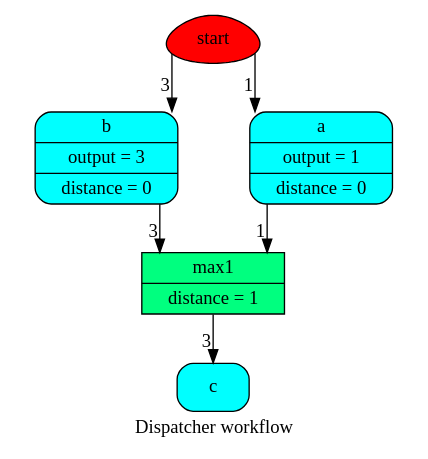
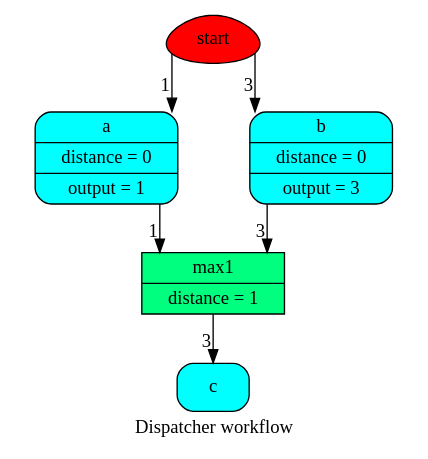
One commit to vinci1it2000/schedula changed the diagram in doc/dispatcher/__init__/remove_cycles/wf.dot. Above: the diagram before and after it, drawn with Graphviz. The commit also changed 27 other files, not shown here.

```diff
--- a/doc/dispatcher/__init__/remove_cycles/wf.dot
+++ b/doc/dispatcher/__init__/remove_cycles/wf.dot
@@ -1,16 +1,16 @@
 digraph Dispatcher {
 	graph [ratio=1]
 	node [style=filled]
 	label = "Dispatcher workflow"
 	splines = ortho
-		Dispatcher_78382088 [label=start fillcolor=red shape=egg]
-		"Dispatcher_-6053996528196385240" [label="{ c  }" fillcolor=cyan shape=Mrecord]
-		Dispatcher_6185816497042703556 [label="{ b | output = 3 | distance = 0 }" fillcolor=cyan shape=Mrecord]
-		Dispatcher_2203997267912285163 [label="{ a | output = 1 | distance = 0 }" fillcolor=cyan shape=Mrecord]
-		"Dispatcher_-2283380941193523908" [label="{ max1 | distance = 1 }" fillcolor=springgreen shape=record]
-			Dispatcher_6185816497042703556 -> "Dispatcher_-2283380941193523908" [xlabel=3]
-			Dispatcher_78382088 -> Dispatcher_2203997267912285163 [xlabel=1]
-			Dispatcher_78382088 -> Dispatcher_6185816497042703556 [xlabel=3]
-			Dispatcher_2203997267912285163 -> "Dispatcher_-2283380941193523908" [xlabel=1]
-			"Dispatcher_-2283380941193523908" -> "Dispatcher_-6053996528196385240" [xlabel=3]
+		Dispatcher_4372619576 [label=start fillcolor=red shape=egg]
+		Dispatcher_483858525469303520 [label="{ a | distance = 0 | output = 1 }" fillcolor=cyan shape=Mrecord]
+		"Dispatcher_-8490501165579404505" [label="{ b | distance = 0 | output = 3 }" fillcolor=cyan shape=Mrecord]
+		Dispatcher_2483061293966101162 [label="{ c  }" fillcolor=cyan shape=Mrecord]
+		"Dispatcher_-3390000628973274625" [label="{ max1 | distance = 1 }" fillcolor=springgreen shape=record]
+			Dispatcher_483858525469303520 -> "Dispatcher_-3390000628973274625" [xlabel=1]
+			"Dispatcher_-8490501165579404505" -> "Dispatcher_-3390000628973274625" [xlabel=3]
+			Dispatcher_4372619576 -> Dispatcher_483858525469303520 [xlabel=1]
+			Dispatcher_4372619576 -> "Dispatcher_-8490501165579404505" [xlabel=3]
+			"Dispatcher_-3390000628973274625" -> Dispatcher_2483061293966101162 [xlabel=3]
 }
```
